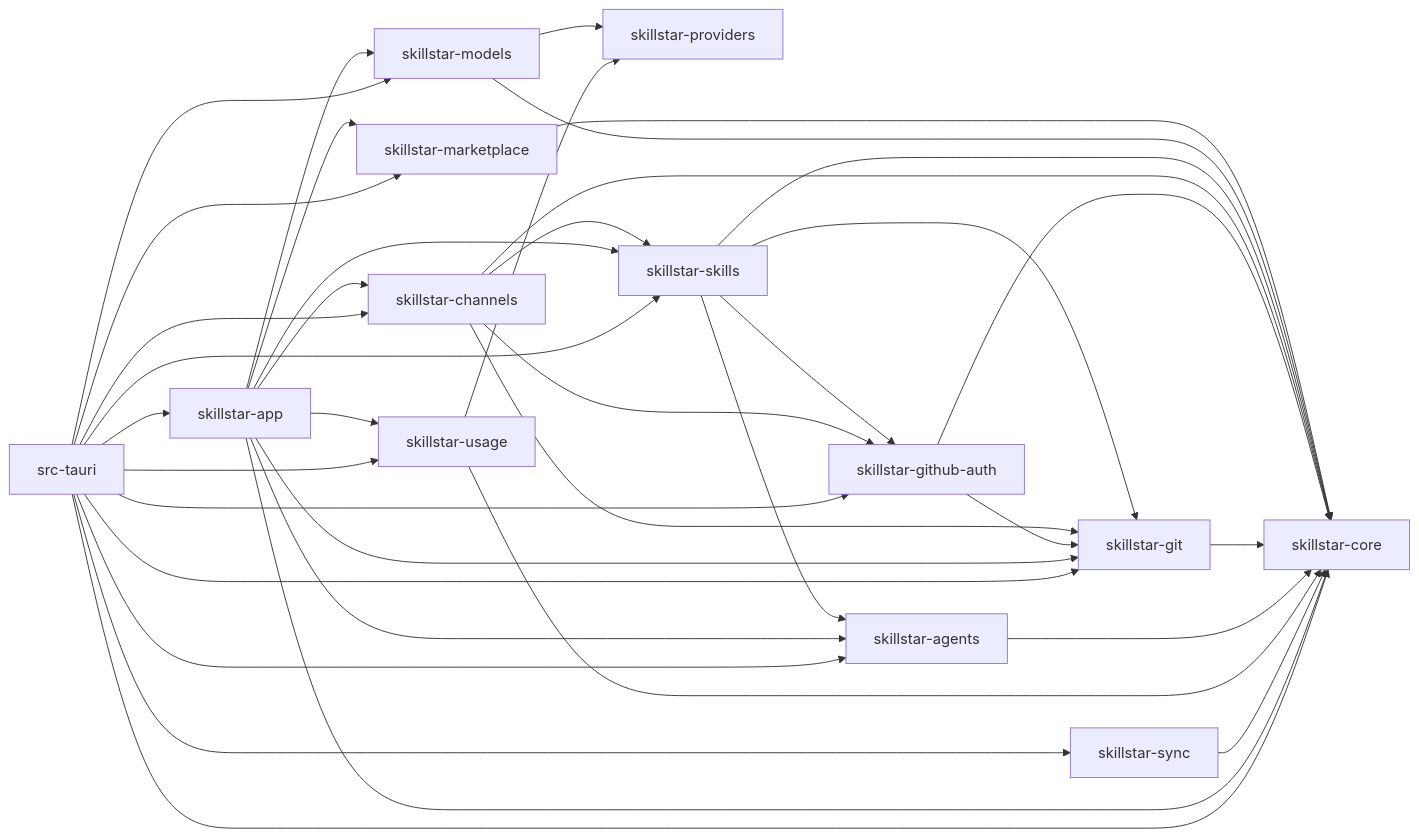
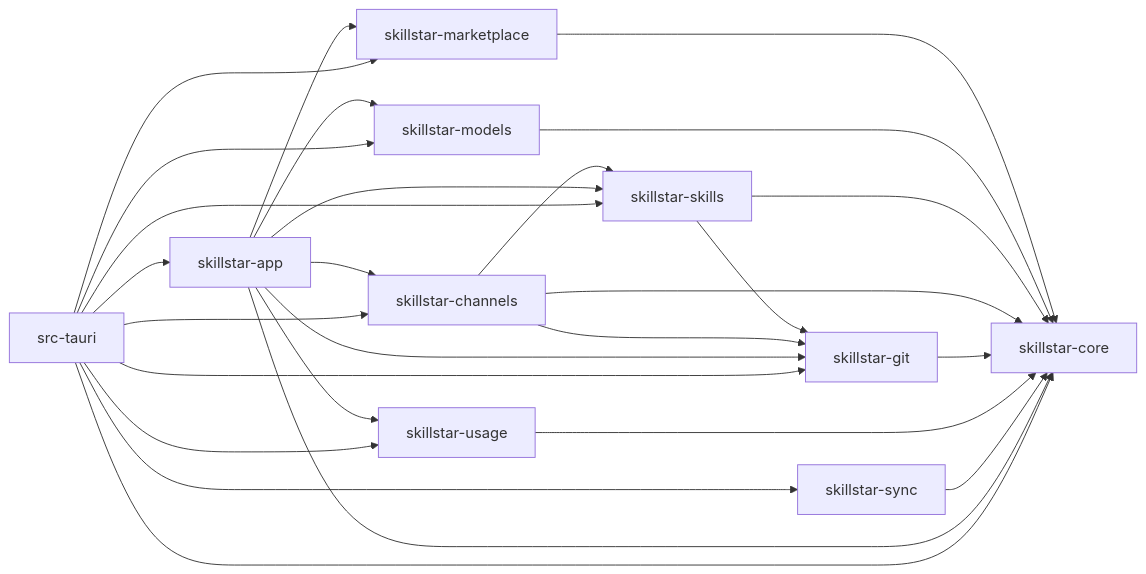
One commit to xxww0098/SkillStar changed the diagram in docs/boundaries.md. Above: the diagram before and after it, drawn with Mermaid. The commit also changed other lines of this file and 78 other files, not shown here.

First line of the commit message:
refactor(workspace): absorb agents, github-auth, and providers crates

````diff
--- a/docs/boundaries.md
+++ b/docs/boundaries.md
@@ -69,54 +63,40 @@
 ```mermaid
 flowchart LR
-  providers["skillstar-providers"]
   core["skillstar-core"]
   git["skillstar-git"]
-  agents["skillstar-agents"]
-  auth["skillstar-github-auth"]
   skills["skillstar-skills"]
   channels["skillstar-channels"]
   market["skillstar-marketplace"]
   models["skillstar-models"]
   usage["skillstar-usage"]
   sync["skillstar-sync"]
   app["skillstar-app"]
   tauri["src-tauri"]
 
   market --> core
   models --> core
-  models --> providers
   skills --> core
   skills --> git
-  skills --> agents
-  skills --> auth
   channels --> core
   channels --> git
   channels --> skills
-  channels --> auth
-  auth --> git
-  auth --> core
   git --> core
-  agents --> core
   usage --> core
-  usage --> providers
   sync --> core
   app --> core
   app --> skills
   app --> git
-  app --> agents
   app --> channels
   app --> market
   app --> models
   app --> usage
   tauri --> app
   tauri --> core
   tauri --> skills
   tauri --> git
-  tauri --> agents
-  tauri --> auth
   tauri --> channels
   tauri --> market
   tauri --> models
   tauri --> usage
   tauri --> sync
 ```
````
